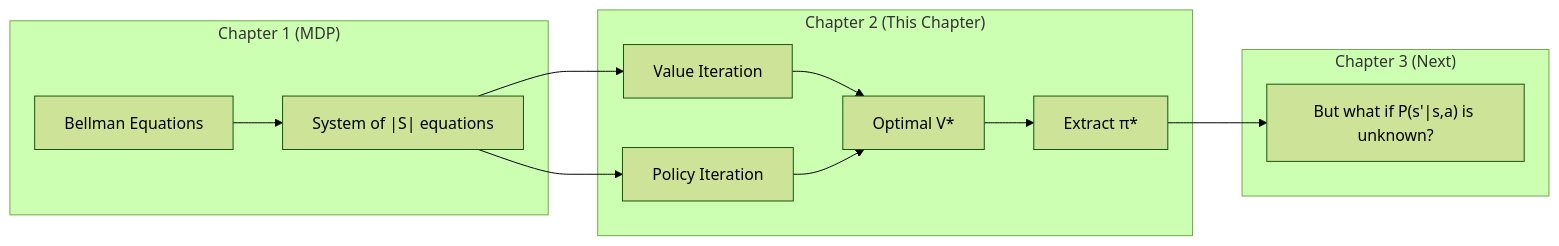
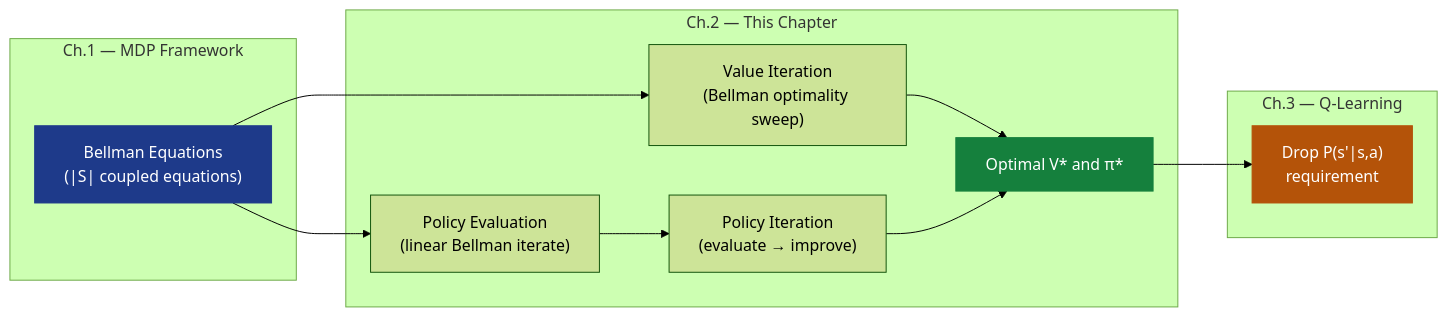
Before and after one commit to deepakshamsft/ai-portfolio: the first of 4 diagrams in notes/01-ml/06_reinforcement_learning/ch02_dynamic_programming/README.md, drawn with Mermaid (forest theme). The commit also changed other lines of this file and 727 other files, not shown here.

````diff
--- a/notes/01-ml/06_reinforcement_learning/ch02_dynamic_programming/README.md
+++ b/notes/01-ml/06_reinforcement_learning/ch02_dynamic_programming/README.md
@@ -45,16 +48,22 @@
 ```mermaid
 flowchart LR
-    subgraph "Chapter 1 (MDP)"
-        A["Bellman Equations"] --> B["System of |S| equations"]
+    subgraph ch1["Ch.1 — MDP Framework"]
+        A["Bellman Equations\n(|S| coupled equations)"]
     end
-    subgraph "Chapter 2 (This Chapter)"
-        B --> C["Value Iteration"]
-        B --> D["Policy Iteration"]
-        C --> E["Optimal V*"]
+    subgraph ch2["Ch.2 — This Chapter"]
+        B["Policy Evaluation\n(linear Bellman iterate)"]
+        C["Value Iteration\n(Bellman optimality sweep)"]
+        B --> D["Policy Iteration\n(evaluate → improve)"]
+        C --> E["Optimal V* and π*"]
         D --> E
-        E --> F["Extract π*"]
     end
-    subgraph "Chapter 3 (Next)"
-        F --> G["But what if P(s'|s,a) is unknown?"]
+    subgraph ch3["Ch.3 — Q-Learning"]
+        F["Drop P(s'|s,a)\nrequirement"]
     end
+    A --> B
+    A --> C
+    E --> F
+    style A fill:#1e3a8a,color:#fff,stroke:#1e3a8a
+    style E fill:#15803d,color:#fff,stroke:#15803d
+    style F fill:#b45309,color:#fff,stroke:#b45309
 ```
````
